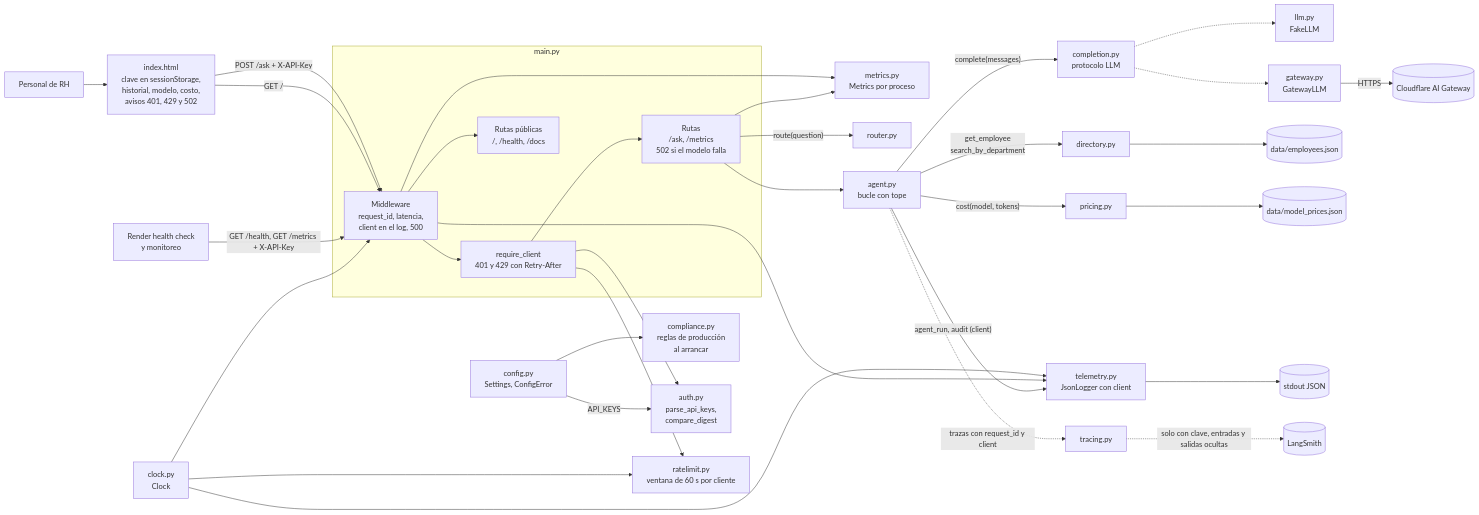
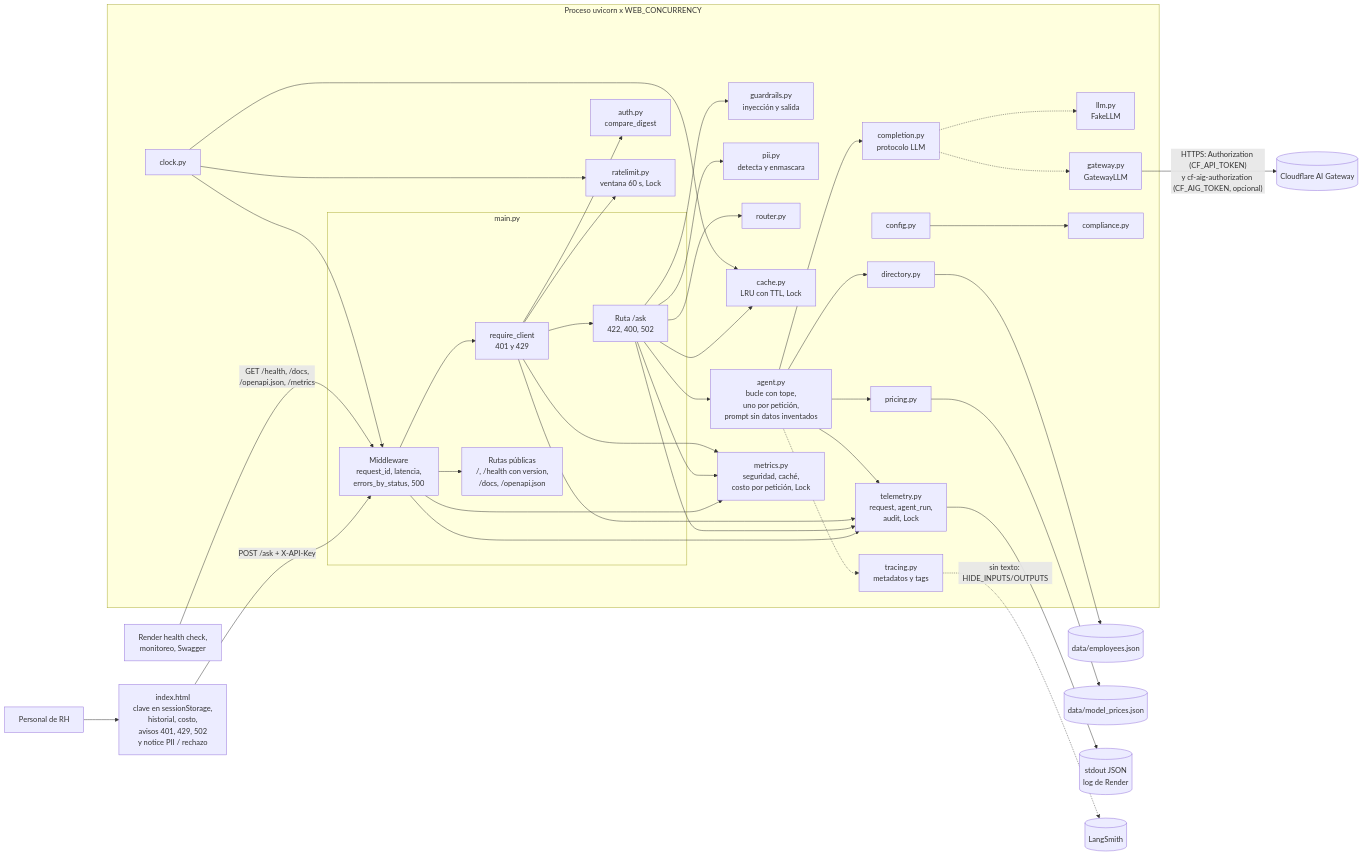
The first of 2 diagrams in reto/product/doc/architecture.md (carlosparra/NextGenCode-M4-Agentes), drawn with Mermaid before and after one commit. The commit also changed other lines of this file and 95 other files, not shown here.

````diff
--- a/reto/product/doc/architecture.md
+++ b/reto/product/doc/architecture.md
@@ -13,36 +21,42 @@
 ```mermaid
 flowchart LR
-    U[Personal de RH] --> W[index.html<br/>clave en sessionStorage,<br/>historial, modelo, costo,<br/>avisos 401, 429 y 502]
+    U[Personal de RH] --> W[index.html<br/>clave en sessionStorage,<br/>historial, costo,<br/>avisos 401, 429, 502<br/>y notice PII / rechazo]
     W -- "POST /ask + X-API-Key" --> MW
-    W -- "GET /" --> MW
-    H[Render health check<br/>y monitoreo] -- "GET /health, GET /metrics + X-API-Key" --> MW
-    subgraph main.py
-        MW[Middleware<br/>request_id, latencia,<br/>client en el log, 500] --> SEC[require_client<br/>401 y 429 con Retry-After]
-        SEC --> R[Rutas<br/>/ask, /metrics<br/>502 si el modelo falla]
-        MW --> PUB[Rutas públicas<br/>/, /health, /docs]
+    H[Render health check,<br/>monitoreo, Swagger] -- "GET /health, /docs,<br/>/openapi.json, /metrics" --> MW
+    subgraph proc[Proceso uvicorn x WEB_CONCURRENCY]
+        subgraph main.py
+            MW[Middleware<br/>request_id, latencia,<br/>errors_by_status, 500] --> SEC[require_client<br/>401 y 429]
+            SEC --> R[Ruta /ask<br/>422, 400, 502]
+            MW --> PUB[Rutas públicas<br/>/, /health con version,<br/>/docs, /openapi.json]
+        end
+        SEC --> AU[auth.py<br/>compare_digest]
+        SEC --> RL[ratelimit.py<br/>ventana 60 s, Lock]
+        R --> GR[guardrails.py<br/>inyección y salida]
+        R --> PII[pii.py<br/>detecta y enmascara]
+        R --> RT[router.py]
+        R --> CA[cache.py<br/>LRU con TTL, Lock]
+        R --> A[agent.py<br/>bucle con tope,<br/>uno por petición,<br/>prompt sin datos inventados]
+        A --> P[pricing.py]
+        A --> CP[completion.py<br/>protocolo LLM]
+        CP -.-> L[llm.py<br/>FakeLLM]
+        CP -.-> G[gateway.py<br/>GatewayLLM]
+        A --> D[directory.py]
+        MW --> X[metrics.py<br/>seguridad, caché,<br/>costo por petición, Lock]
+        R --> X
+        SEC --> X
+        MW --> T[telemetry.py<br/>request, agent_run,<br/>audit, Lock]
+        R --> T
+        SEC --> T
+        A --> T
+        A -.-> TR[tracing.py<br/>metadatos y tags]
+        K[clock.py] --> MW
+        K --> RL
+        K --> CA
+        C[config.py] --> CO[compliance.py]
     end
-    C[config.py<br/>Settings, ConfigError] --> CO[compliance.py<br/>reglas de producción<br/>al arrancar]
-    C -- "API_KEYS" --> AU
-    SEC --> AU[auth.py<br/>parse_api_keys,<br/>compare_digest]
-    SEC --> RL[ratelimit.py<br/>ventana de 60 s por cliente]
-    K[clock.py<br/>Clock] --> MW
-    K --> RL
-    K --> T
-    MW --> T[telemetry.py<br/>JsonLogger con client]
-    MW --> X[metrics.py<br/>Metrics por proceso]
-    R --> X
-    R -- "route(question)" --> RT[router.py]
-    R --> A[agent.py<br/>bucle con tope]
-    A -- "cost(model, tokens)" --> P[pricing.py]
-    A -- "complete(messages)" --> CP[completion.py<br/>protocolo LLM]
-    CP -.-> L[llm.py<br/>FakeLLM]
-    CP -.-> G[gateway.py<br/>GatewayLLM]
-    G -- HTTPS --> CF[(Cloudflare AI Gateway)]
-    A -- "get_employee<br/>search_by_department" --> D[directory.py]
-    A -- "agent_run, audit (client)" --> T
-    A -. "trazas con request_id y client" .-> TR[tracing.py]
+    G -- "HTTPS: Authorization (CF_API_TOKEN)<br/>y cf-aig-authorization (CF_AIG_TOKEN, opcional)" --> CF[(Cloudflare AI Gateway)]
     D --> J[(data/employees.json)]
     P --> PJ[(data/model_prices.json)]
-    T --> O[(stdout JSON)]
-    TR -. "solo con clave, entradas y salidas ocultas" .-> LS[(LangSmith)]
+    T --> O[(stdout JSON<br/>log de Render)]
+    TR -. "sin texto: HIDE_INPUTS/OUTPUTS" .-> LS[(LangSmith)]
 ```
````
